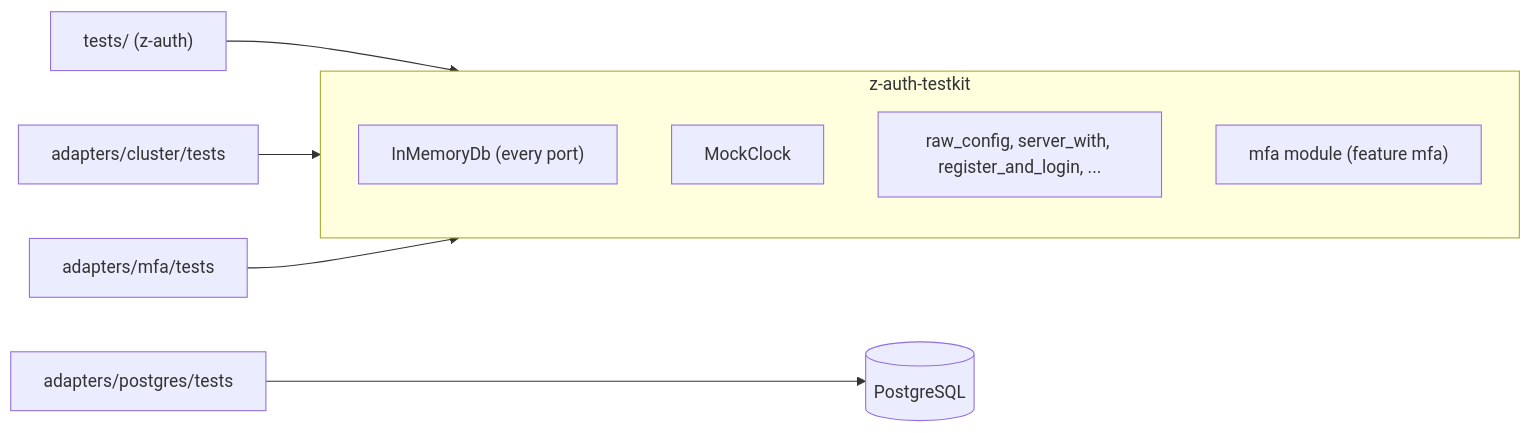
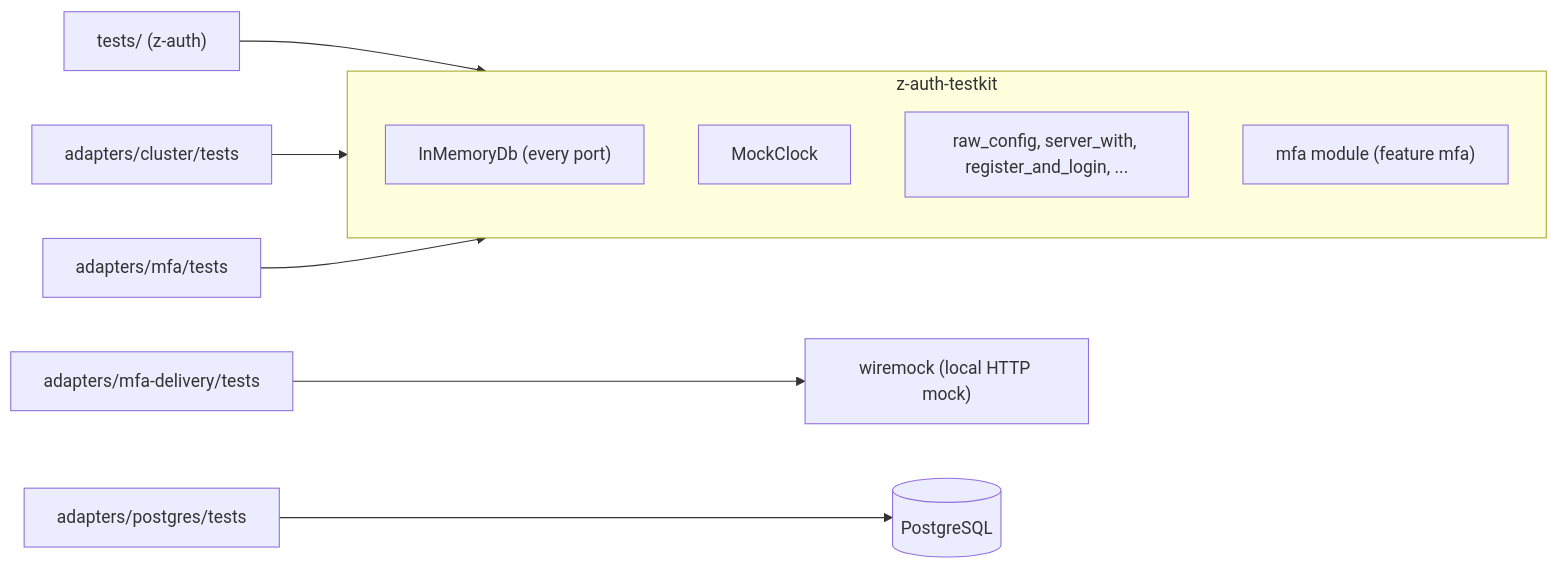
The first of 2 diagrams in docs/development.md (eugenezimin/auth-lib), drawn with Mermaid before and after one commit. The commit also changed other lines of this file and 9 other files, not shown here.

First line of the commit message:
Rewrite the z-auth-mfa-delivery documentation as guides

````diff
--- a/docs/development.md
+++ b/docs/development.md
@@ -46,13 +47,14 @@
 ```mermaid
 flowchart LR
     subgraph testkit["z-auth-testkit"]
         db["InMemoryDb (every port)"]
         clock["MockClock"]
         helpers["raw_config, server_with, register_and_login, ..."]
         mfa["mfa module (feature mfa)"]
     end
     core_tests["tests/ (z-auth)"] --> testkit
     cluster_tests["adapters/cluster/tests"] --> testkit
     mfa_tests["adapters/mfa/tests"] --> testkit
+    delivery_tests["adapters/mfa-delivery/tests"] --> mock["wiremock (local HTTP mock)"]
     pg_tests["adapters/postgres/tests"] --> pg[("PostgreSQL")]
 ```
````
